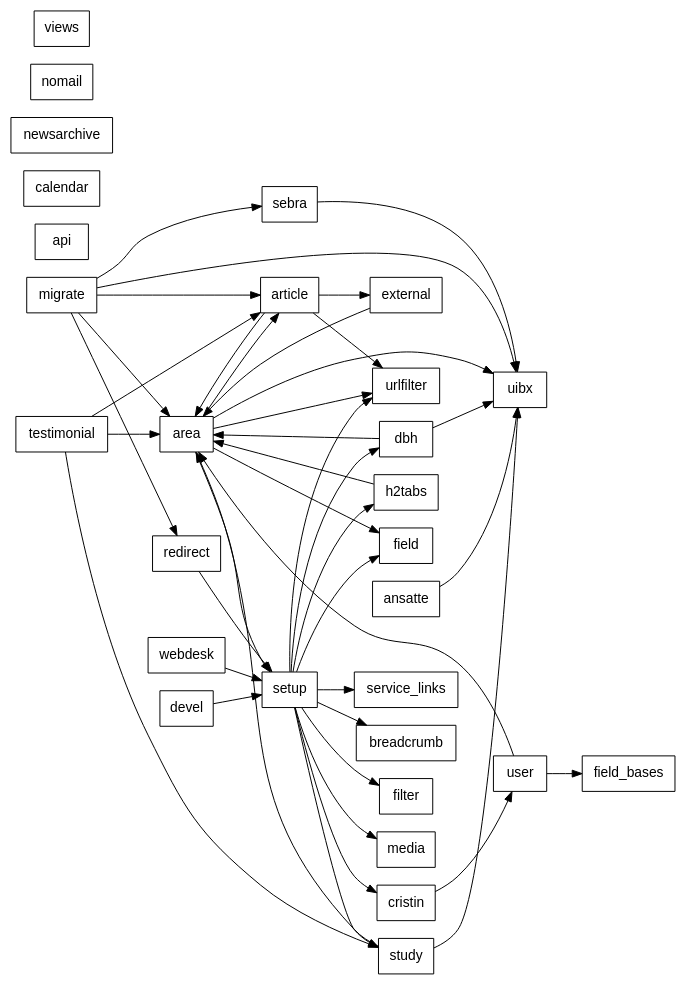
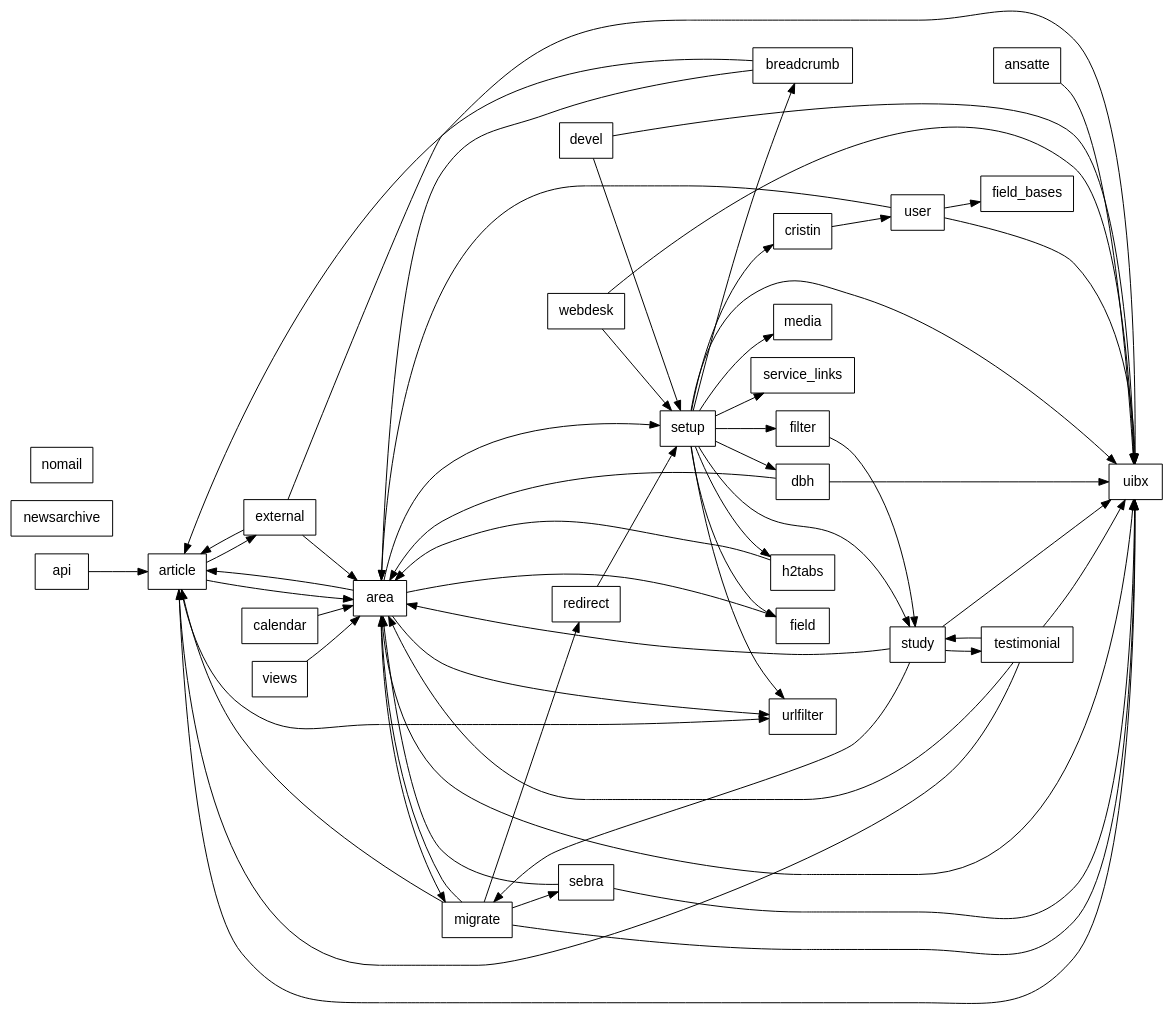
Before and after one commit to smbjorklund/media_update: the diagram in doc/img/module-dep.dot, drawn with Graphviz. The commit also changed 1 other file, not shown here.

```diff
--- a/doc/img/module-dep.dot
+++ b/doc/img/module-dep.dot
@@ -1,73 +1,91 @@
 digraph {
   rankdir=LR;
   node [shape=box, padding=0, fontname=Helvetica];
   uib_ansatte [label="ansatte"];
   uib_ansatte -> uibx;
   uib_api [label="api"];
+  uib_api -> uib_article;
   uib_area [label="area"];
   uib_area -> uib_article;
   uib_area -> uib_field;
+  uib_area -> uib_migrate;
   uib_area -> uib_setup;
   uib_area -> uib_urlfilter;
   uib_area -> uibx;
   uib_article [label="article"];
   uib_article -> uib_area;
   uib_article -> uib_external;
   uib_article -> uib_urlfilter;
+  uib_article -> uibx;
   uib_breadcrumb [label="breadcrumb"];
+  uib_breadcrumb -> uib_area;
+  uib_breadcrumb -> uib_article;
   uib_calendar [label="calendar"];
+  uib_calendar -> uib_area;
   uib_cristin [label="cristin"];
   uib_cristin -> uib_user;
   uib_dbh [label="dbh"];
   uib_dbh -> uib_area;
   uib_dbh -> uibx;
   uib_devel [label="devel"];
   uib_devel -> uib_setup;
+  uib_devel -> uibx;
   uib_external [label="external"];
   uib_external -> uib_area;
+  uib_external -> uib_article;
+  uib_external -> uibx;
   uib_field [label="field"];
   uib_field_bases [label="field_bases"];
   uib_filter [label="filter"];
+  uib_filter -> uib_study;
   uib_h2tabs [label="h2tabs"];
   uib_h2tabs -> uib_area;
   uib_media [label="media"];
   uib_migrate [label="migrate"];
   uib_migrate -> uibx;
   uib_migrate -> uib_article;
   uib_migrate -> uib_area;
   uib_migrate -> uib_sebra;
   uib_migrate -> uib_redirect;
   uib_newsarchive [label="newsarchive"];
   uib_nomail [label="nomail"];
   uib_redirect [label="redirect"];
   uib_redirect -> uib_setup;
   uib_sebra [label="sebra"];
+  uib_sebra -> uib_area;
   uib_sebra -> uibx;
   uib_service_links [label="service_links"];
   uib_setup [label="setup"];
   uib_setup -> uib_breadcrumb;
   uib_setup -> uib_cristin;
   uib_setup -> uib_dbh;
   uib_setup -> uib_field;
   uib_setup -> uib_filter;
   uib_setup -> uib_h2tabs;
   uib_setup -> uib_media;
   uib_setup -> uib_service_links;
   uib_setup -> uib_study;
   uib_setup -> uib_urlfilter;
+  uib_setup -> uibx;
   uib_study [label="study"];
   uib_study -> uib_area;
+  uib_study -> uib_migrate;
+  uib_study -> uib_testimonial;
   uib_study -> uibx;
   uib_testimonial [label="testimonial"];
   uib_testimonial -> uib_area;
   uib_testimonial -> uib_article;
   uib_testimonial -> uib_study;
+  uib_testimonial -> uibx;
   uib_urlfilter [label="urlfilter"];
   uib_user [label="user"];
   uib_user -> uib_area;
   uib_user -> uib_field_bases;
+  uib_user -> uibx;
   uib_views [label="views"];
+  uib_views -> uib_area;
   uib_webdesk [label="webdesk"];
   uib_webdesk -> uib_setup;
+  uib_webdesk -> uibx;
   uibx [label="uibx"];
 }
```
